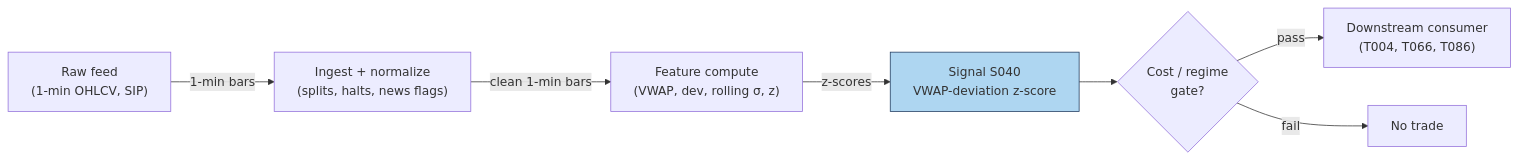
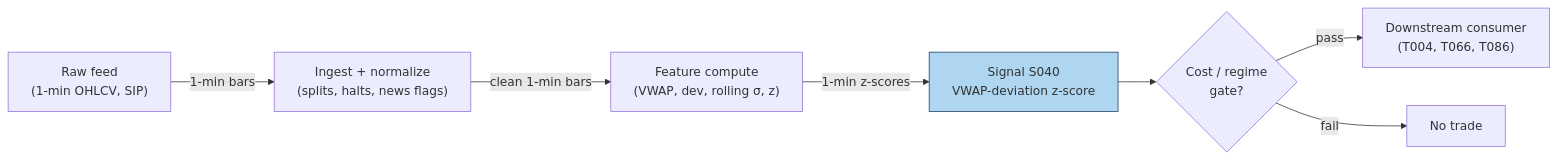
The diagram in batches/SB1/S040.md (praveenguptahcl/quant-signals-deep), drawn with Mermaid before and after one commit. The commit also changed 367 other files, not shown here.

````diff
--- a/batches/SB1/S040.md
+++ b/batches/SB1/S040.md
@@ -180,10 +180,10 @@
 ```mermaid
 flowchart LR
     FEED["Raw feed\n(1-min OHLCV, SIP)"] -->|"1-min bars"| ING["Ingest + normalize\n(splits, halts, news flags)"]
     ING -->|"clean 1-min bars"| FEAT["Feature compute\n(VWAP, dev, rolling σ, z)"]
-    FEAT -->|"z-scores"| SIG["Signal S040\nVWAP-deviation z-score"]
+    FEAT -->|"1-min z-scores"| SIG["Signal S040\nVWAP-deviation z-score"]
     SIG --> GATE{"Cost / regime\ngate?"}
     GATE -->|pass| OUT["Downstream consumer\n(T004, T066, T086)"]
     GATE -->|fail| DROP["No trade"]
     style SIG fill:#aed6f1,stroke:#1f3a5f
 ```
````
